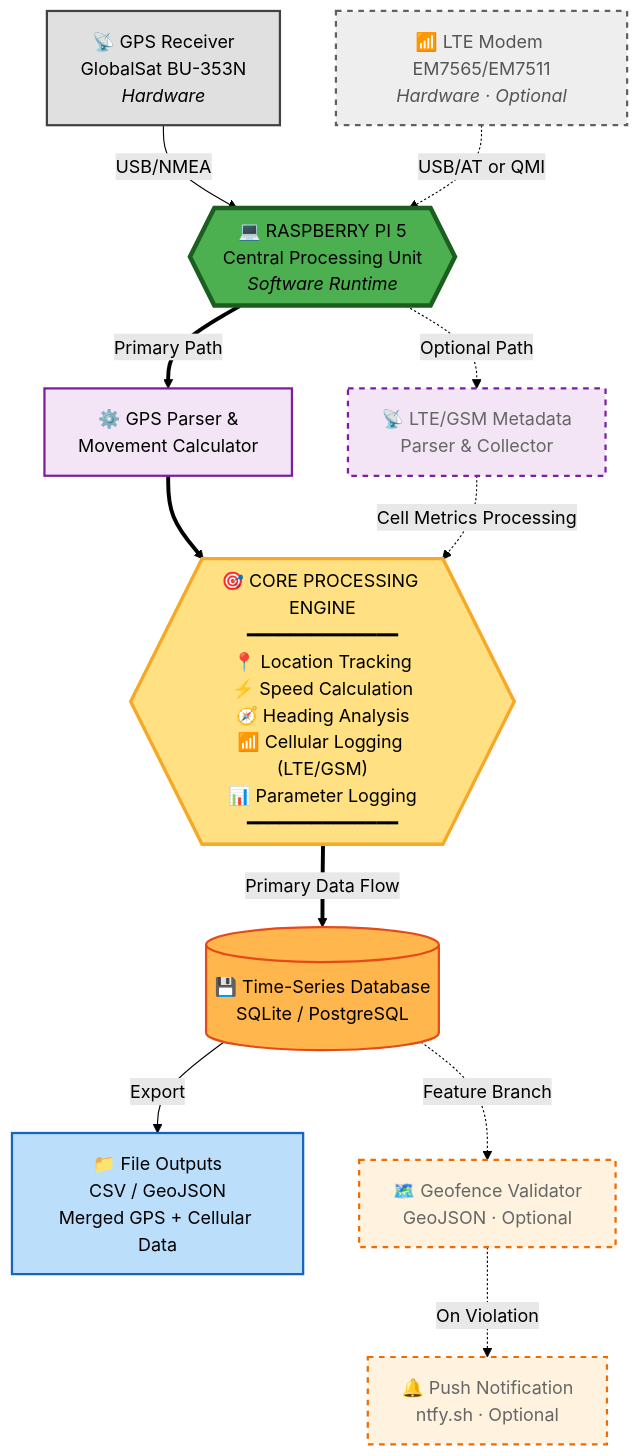
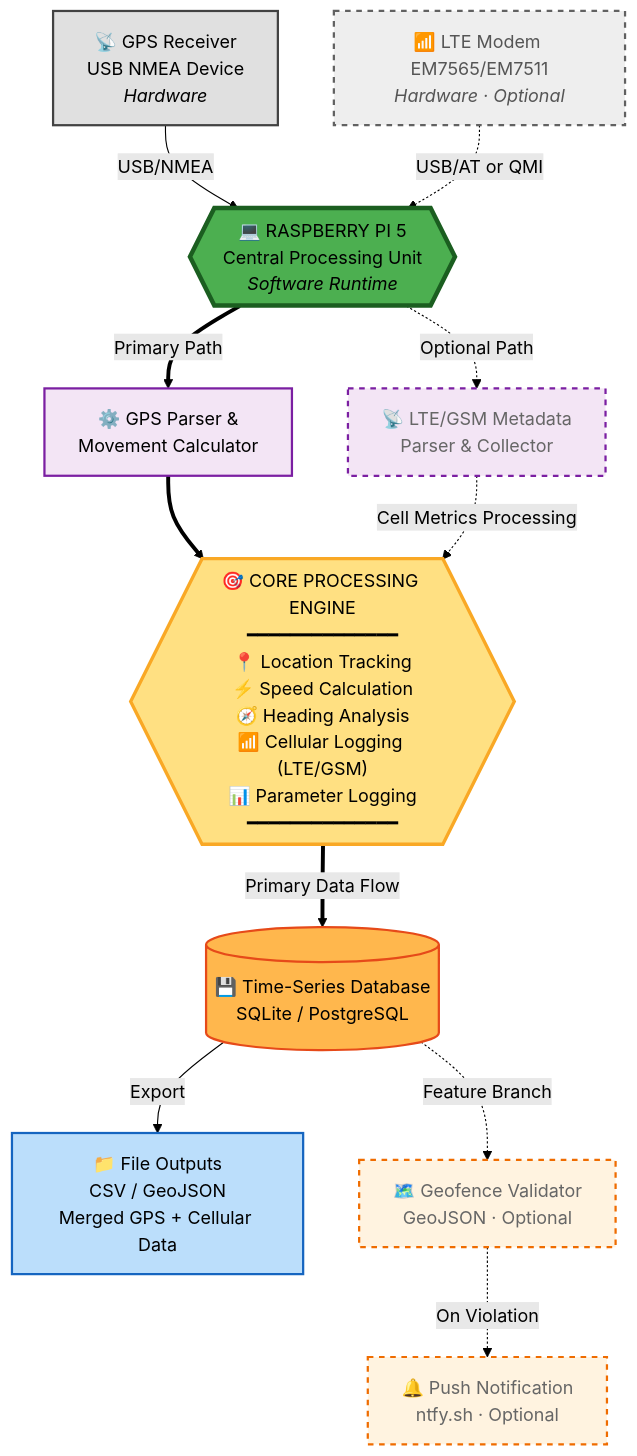
Before and after one commit to cramos93/Raspberry-Pi-GPS-Cellular-Data-Logger: the first of 2 diagrams in README.md, drawn with Mermaid (forest theme). The commit also changed other lines of this file, not shown here.

````diff
--- a/README.md
+++ b/README.md
@@ -63,41 +54,41 @@
 ```mermaid
 graph TB
     %% ---------- Hardware ----------
-    GPS["📡 GPS Receiver<br/>GlobalSat BU-353N<br/><i>Hardware</i>"]
+    GPS["📡 GPS Receiver<br/>USB NMEA Device<br/><i>Hardware</i>"]
     LTE["📶 LTE Modem EM7565/EM7511<br/><i>Hardware · Optional</i>"]
     GPS -->|USB/NMEA| PI{{"💻 RASPBERRY PI 5<br/>Central Processing Unit<br/><i>Software Runtime</i>"}}
     LTE -.->|USB/AT or QMI| PI
     %% ---------- Software Ingest ----------
     PI ==>|Primary Path| PARSE["⚙️ GPS Parser &<br/>Movement Calculator"]
     PI -.->|"Optional Path"| META["📡 LTE/GSM Metadata<br/>Parser & Collector"]
     %% ---------- Core Processing (hexagonal symbol, unique) ----------
     PARSE ==> CORE{{"🎯 CORE PROCESSING ENGINE<br/>━━━━━━━━━━━━━━<br/>📍 Location Tracking<br/>⚡ Speed Calculation<br/>🧭 Heading Analysis<br/>📶 Cellular Logging (LTE/GSM)<br/>📊 Parameter Logging<br/>━━━━━━━━━━━━━━"}}
     META -.->|"Cell Metrics Processing"| CORE
     %% ---------- Database & Outputs ----------
     CORE ==>|Primary Data Flow| DB[("💾 Time-Series Database<br/>SQLite / PostgreSQL")]
     DB -->|"Export"| FILES["📁 File Outputs<br/>CSV / GeoJSON<br/>Merged GPS + Cellular Data"]
     %% ---------- Geofence & Notification (optional feature branch) ----------
     DB -.->|"Feature Branch"| FENCE["🗺️ Geofence Validator<br/>GeoJSON · Optional"]
     FENCE -.->|"On Violation"| NOTIFY["🔔 Push Notification<br/>ntfy.sh · Optional"]
     %% ---------- Styles ----------
     %% Hardware = Grey; Export = Light Blue
     classDef hardware fill:#e0e0e0,stroke:#424242,stroke-width:2px,color:#000
     classDef hardwareOpt fill:#eeeeee,stroke:#616161,stroke-width:2px,stroke-dasharray:5 5,color:#555
     classDef central fill:#4caf50,stroke:#1b5e20,stroke-width:4px,color:#000
     classDef core fill:#ffe082,stroke:#f9a825,stroke-width:3px,color:#000
     classDef software fill:#f3e5f5,stroke:#7b1fa2,stroke-width:2px,color:#000
     classDef softwareOpt fill:#f3e5f5,stroke:#7b1fa2,stroke-width:2px,stroke-dasharray:5 5,color:#666
     classDef database fill:#ffb74d,stroke:#e64a19,stroke-width:2px,color:#000
     classDef export fill:#bbdefb,stroke:#1565c0,stroke-width:2px,color:#000
     classDef optional fill:#fff3e0,stroke:#ef6c00,stroke-width:2px,stroke-dasharray:5 5,color:#666
     %% ---------- Assign Classes ----------
     class GPS hardware
     class LTE hardwareOpt
     class PI central
     class PARSE software
     class META softwareOpt
     class CORE core
     class DB database
     class FILES export
     class FENCE,NOTIFY optional
 ```
````
